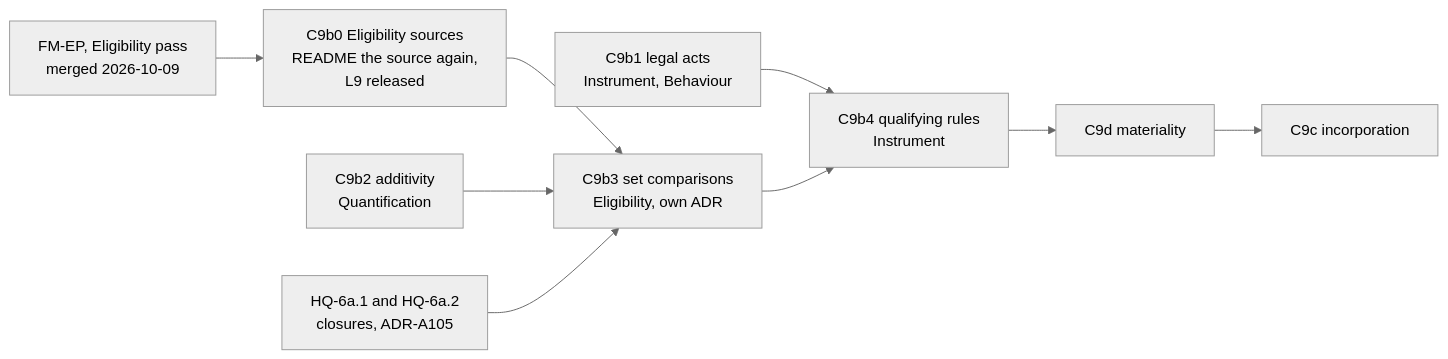
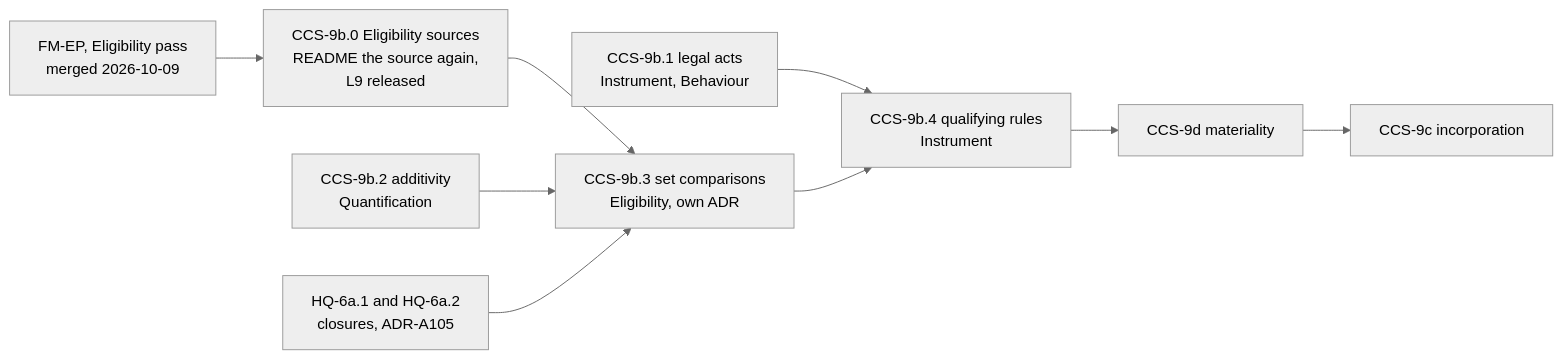
One commit to nebularis/lattice changed diagram 16 of 36 in docs/developer/plans/computable-contract-substrate.md. Above: the diagram before and after it, drawn with Mermaid (neutral theme). The commit also changed other lines of this file and 422 other files, not shown here.

````diff
--- a/docs/developer/plans/computable-contract-substrate.md
+++ b/docs/developer/plans/computable-contract-substrate.md
@@ -3086,17 +3087,17 @@
 ```mermaid
 flowchart LR
-    B1["C9b1 legal acts<br/>Instrument, Behaviour"]
-    B2["C9b2 additivity<br/>Quantification"]
+    B1["CCS-9b.1 legal acts<br/>Instrument, Behaviour"]
+    B2["CCS-9b.2 additivity<br/>Quantification"]
     FM["FM-EP, Eligibility pass<br/>merged 2026-10-09"]
-    B0["C9b0 Eligibility sources<br/>README the source again,<br/>L9 released"]
+    B0["CCS-9b.0 Eligibility sources<br/>README the source again,<br/>L9 released"]
     H6["HQ-6a.1 and HQ-6a.2<br/>closures, ADR-A105"]
-    B3["C9b3 set comparisons<br/>Eligibility, own ADR"]
-    B4["C9b4 qualifying rules<br/>Instrument"]
+    B3["CCS-9b.3 set comparisons<br/>Eligibility, own ADR"]
+    B4["CCS-9b.4 qualifying rules<br/>Instrument"]
     FM --> B0
     B0 --> B3
     B2 --> B3
     H6 --> B3
     B1 --> B4
     B3 --> B4
-    B4 --> D["C9d materiality"] --> C["C9c incorporation"]
+    B4 --> D["CCS-9d materiality"] --> C["CCS-9c incorporation"]
 ```
````
